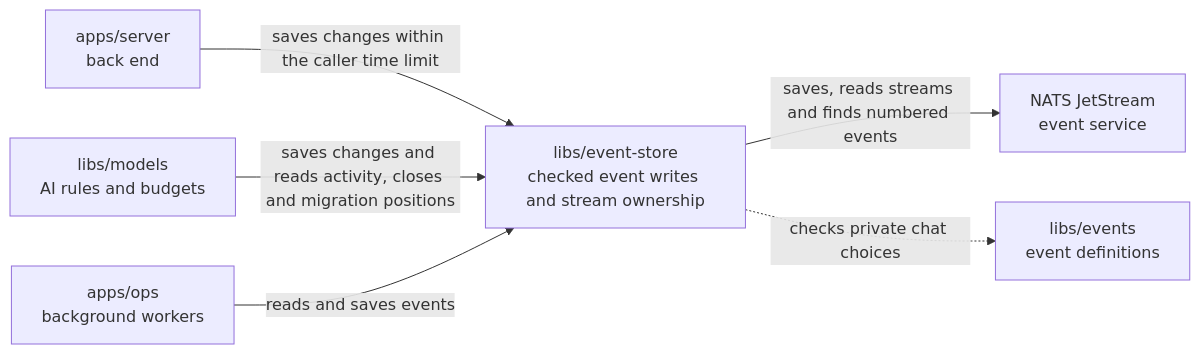
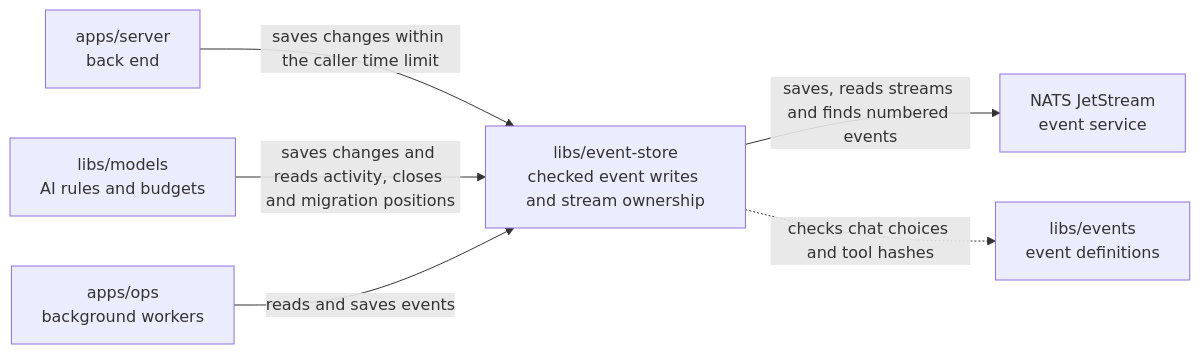
The diagram in libs/event-store/README.md (elewa-git/opencrane-new), drawn with Mermaid before and after one commit. The commit also changed other lines of this file and 38 other files, not shown here.

Commit message:
🔒 Check saved tool hashes and bind catalogue renewals to their server

````diff
--- a/libs/event-store/README.md
+++ b/libs/event-store/README.md
@@ -22,8 +22,8 @@
 ```mermaid
 flowchart LR
   server["apps/server<br/>back end"] -->|saves changes within the caller time limit| store["libs/event-store<br/>checked event writes and stream ownership"]
   models["libs/models<br/>AI rules and budgets"] -->|saves changes and reads activity, closes and migration positions| store
   ops["apps/ops<br/>background workers"] -->|reads and saves events| store
   store -->|saves, reads streams and finds numbered events| nats["NATS JetStream<br/>event service"]
-  store -.->|checks private chat choices| events["libs/events<br/>event definitions"]
+  store -.->|checks chat choices and tool hashes| events["libs/events<br/>event definitions"]
 ```
````
